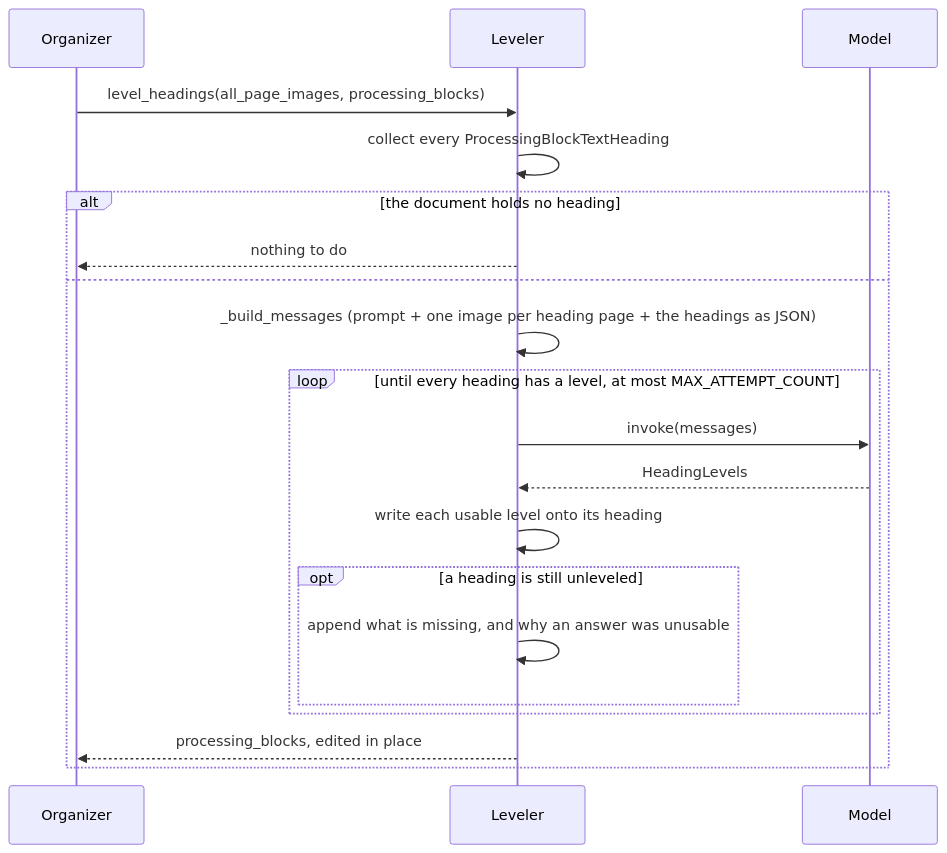
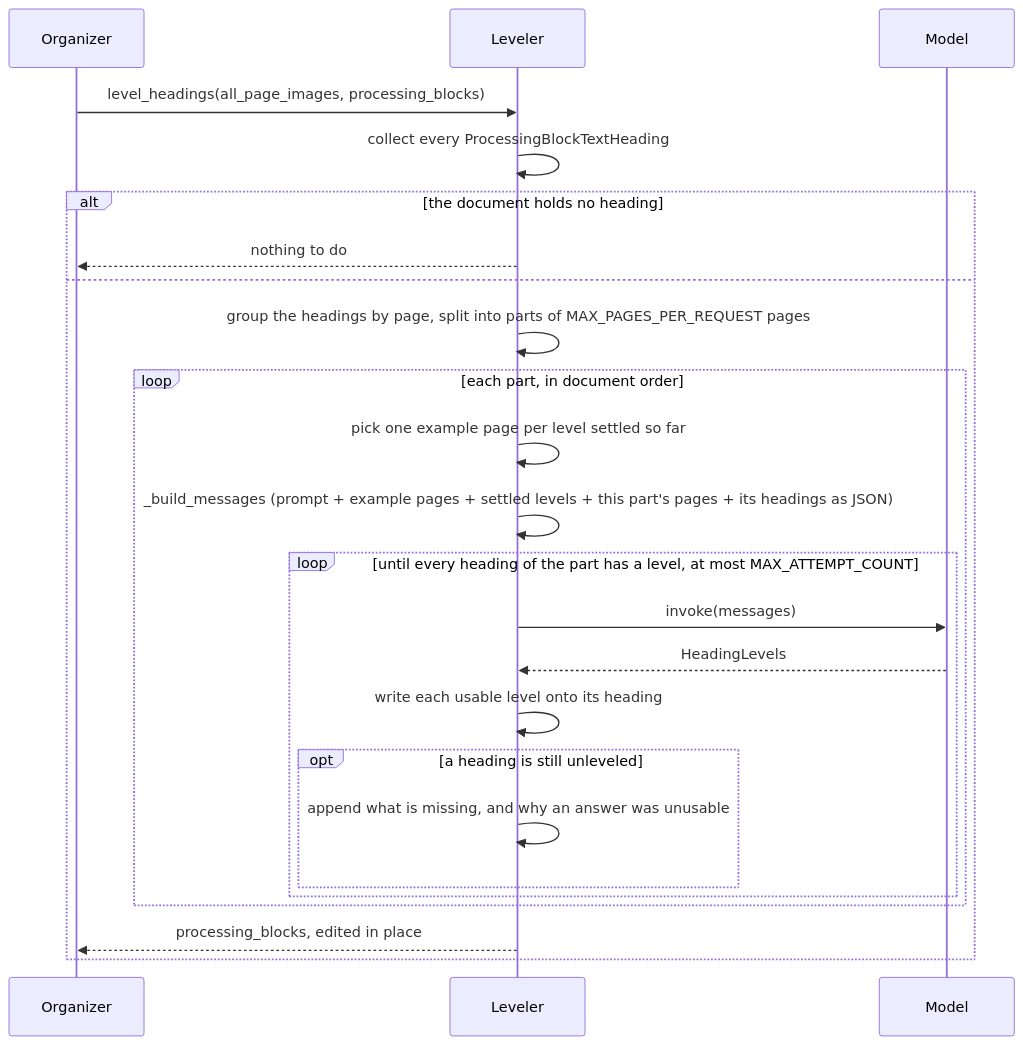
One commit to konbraphat51/SuperSuat changed the third of 3 diagrams in Uploader/OcrModule/Blocked/Docs/StructureOrganizer.md. Above: the diagram before and after it, drawn with Mermaid. The commit also changed other lines of this file and 3 other files, not shown here.

First line of the commit message:
feat: level the headings in parts, with an example page per level

````diff
--- a/Uploader/OcrModule/Blocked/Docs/StructureOrganizer.md
+++ b/Uploader/OcrModule/Blocked/Docs/StructureOrganizer.md
@@ -214,22 +214,26 @@
 ```mermaid
 sequenceDiagram
     participant Organizer
     participant Leveler
     participant Model
     Organizer->>Leveler: level_headings(all_page_images, processing_blocks)
     Leveler->>Leveler: collect every ProcessingBlockTextHeading
     alt the document holds no heading
         Leveler-->>Organizer: nothing to do
     else
-        Leveler->>Leveler: _build_messages (prompt + one image per heading page + the headings as JSON)
-        loop until every heading has a level, at most MAX_ATTEMPT_COUNT
-            Leveler->>Model: invoke(messages)
-            Model-->>Leveler: HeadingLevels
-            Leveler->>Leveler: write each usable level onto its heading
-            opt a heading is still unleveled
-                Leveler->>Leveler: append what is missing, and why an answer was unusable
+        Leveler->>Leveler: group the headings by page, split into parts of MAX_PAGES_PER_REQUEST pages
+        loop each part, in document order
+            Leveler->>Leveler: pick one example page per level settled so far
+            Leveler->>Leveler: _build_messages (prompt + example pages + settled levels + this part's pages + its headings as JSON)
+            loop until every heading of the part has a level, at most MAX_ATTEMPT_COUNT
+                Leveler->>Model: invoke(messages)
+                Model-->>Leveler: HeadingLevels
+                Leveler->>Leveler: write each usable level onto its heading
+                opt a heading is still unleveled
+                    Leveler->>Leveler: append what is missing, and why an answer was unusable
+                end
             end
         end
         Leveler-->>Organizer: processing_blocks, edited in place
     end
 ```
````
